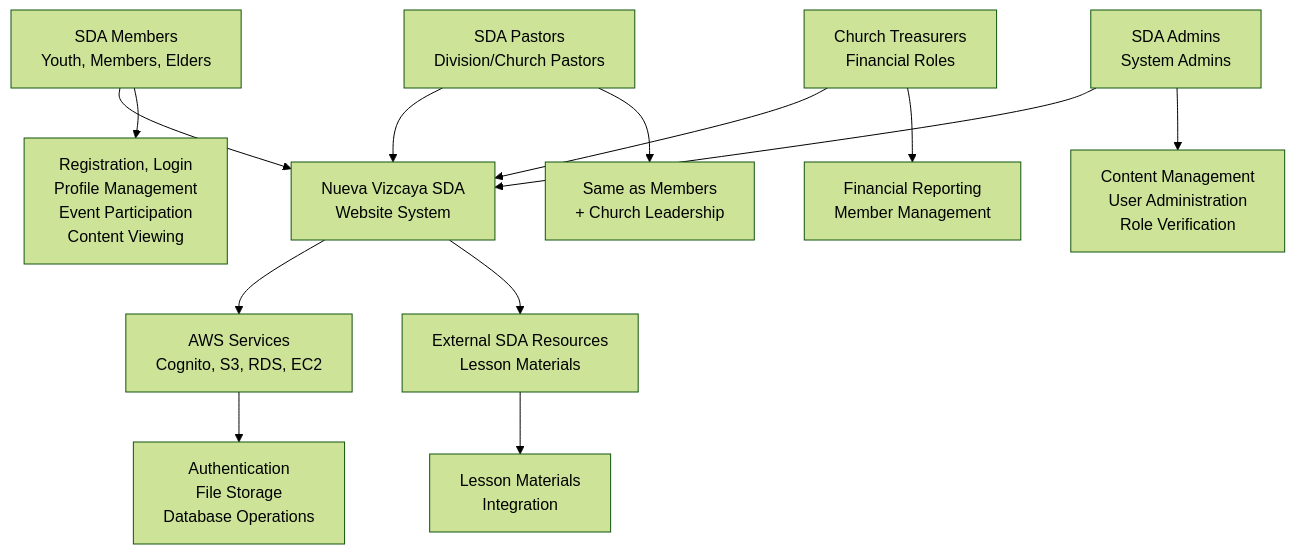
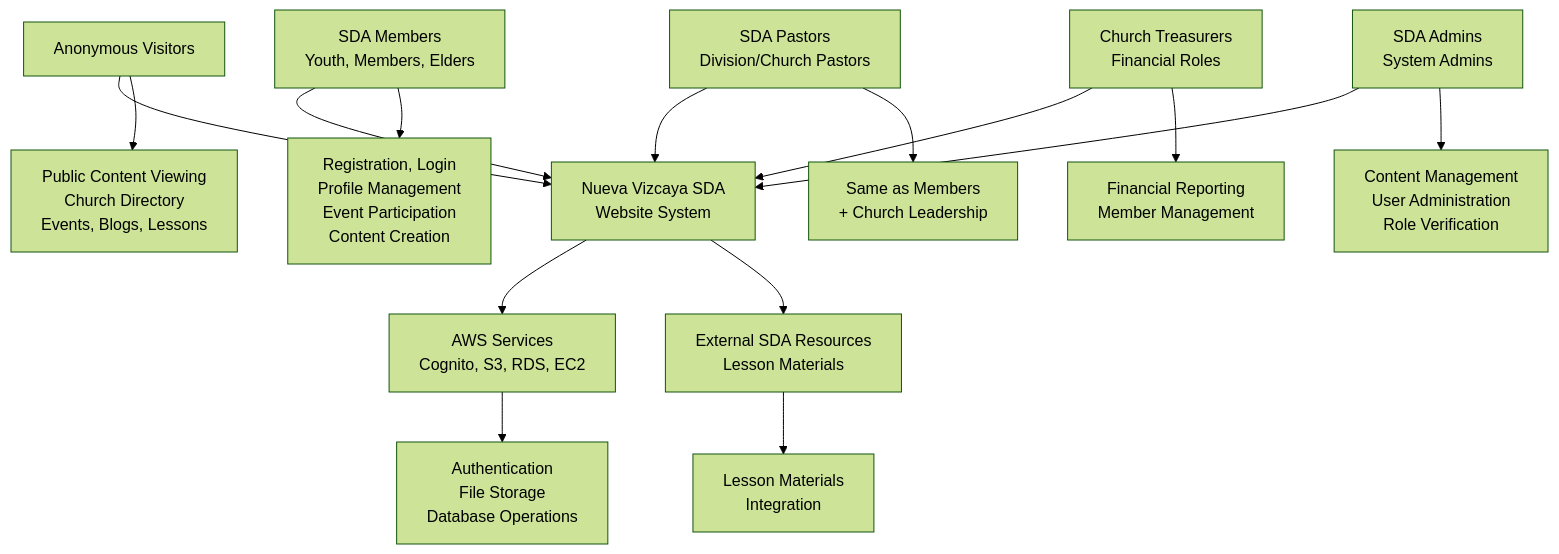
The first of 10 diagrams in docs/DannFramework_docs/Phase 4: System Modeling (UML).md (Danncode10/Nueva-Vizcaya-SDA-Website), drawn with Mermaid (forest theme) before and after one commit. The commit also changed other lines of this file and 2 other files, not shown here.

First line of the commit message:
docs(approval): clarify admin-only approval for pastor role applications

````diff
--- a/docs/DannFramework_docs/Phase 4: System Modeling (UML).md
+++ b/docs/DannFramework_docs/Phase 4: System Modeling (UML).md
@@ -10,17 +10,19 @@
 ```mermaid
 graph TD
-    A[SDA Members<br/>Youth, Members, Elders] --> S[Nueva Vizcaya SDA<br/>Website System]
+    AN[Anonymous Visitors] --> S[Nueva Vizcaya SDA<br/>Website System]
+    A[SDA Members<br/>Youth, Members, Elders] --> S
     B[SDA Pastors<br/>Division/Church Pastors] --> S
     C[Church Treasurers<br/>Financial Roles] --> S
     D[SDA Admins<br/>System Admins] --> S
 
     S --> E[AWS Services<br/>Cognito, S3, RDS, EC2]
     S --> F[External SDA Resources<br/>Lesson Materials]
 
-    A --> G[Registration, Login<br/>Profile Management<br/>Event Participation<br/>Content Viewing]
-    B --> H[Same as Members<br/>+ Church Leadership]
-    C --> I[Financial Reporting<br/>Member Management]
-    D --> J[Content Management<br/>User Administration<br/>Role Verification]
-    E --> K[Authentication<br/>File Storage<br/>Database Operations]
-    F --> L[Lesson Materials<br/>Integration]
+    AN --> G[Public Content Viewing<br/>Church Directory<br/>Events, Blogs, Lessons]
+    A --> H[Registration, Login<br/>Profile Management<br/>Event Participation<br/>Content Creation]
+    B --> I[Same as Members<br/>+ Church Leadership]
+    C --> J[Financial Reporting<br/>Member Management]
+    D --> K[Content Management<br/>User Administration<br/>Role Verification]
+    E --> L[Authentication<br/>File Storage<br/>Database Operations]
+    F --> M[Lesson Materials<br/>Integration]
 ```
````
